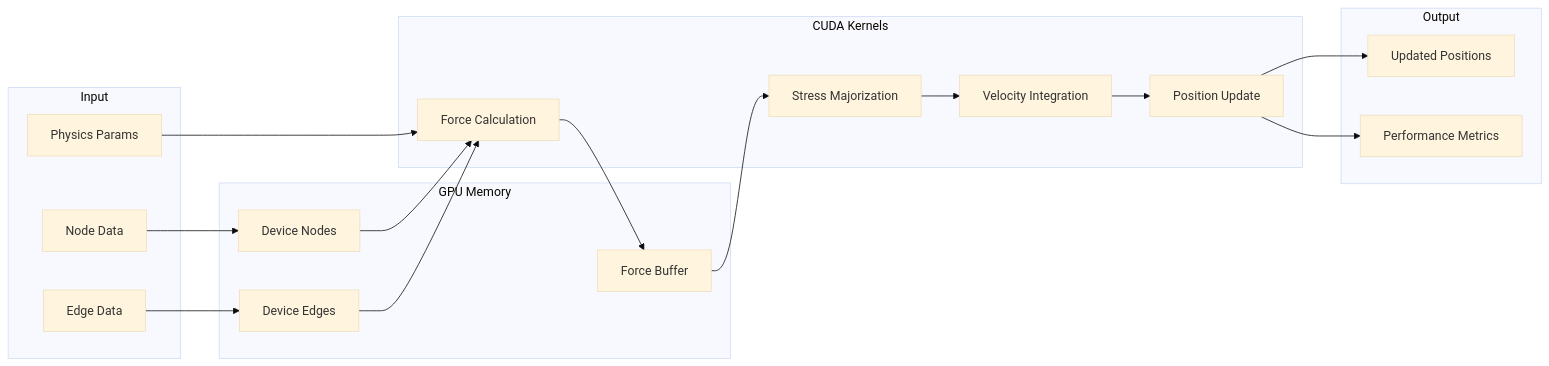
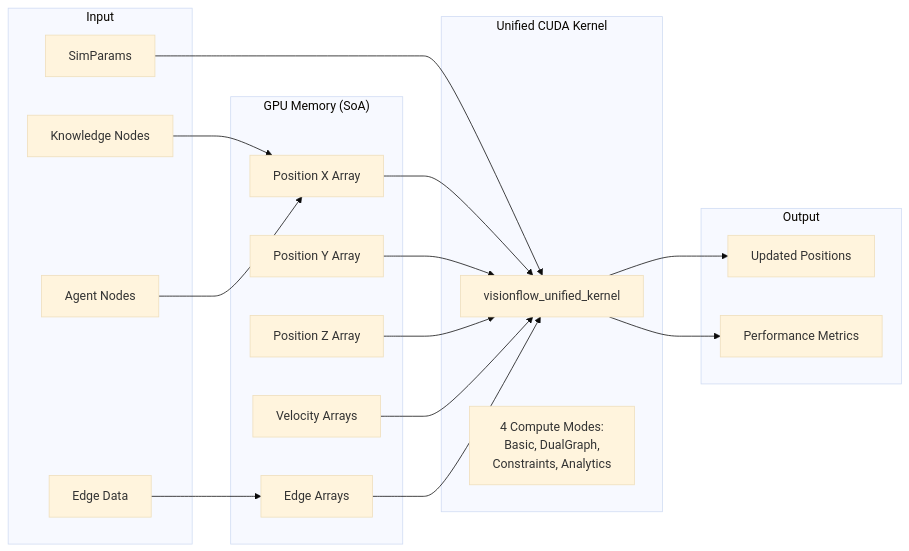
The fifth of 8 diagrams in docs/architecture/system-overview.md (DreamLab-AI/VisionFlow), drawn with Mermaid (base theme) before and after one commit. The commit also changed other lines of this file and 22 other files, not shown here.

````diff
--- a/docs/architecture/system-overview.md
+++ b/docs/architecture/system-overview.md
@@ -220,39 +220,41 @@
 ```mermaid
 graph LR
     subgraph "Input"
-        Nodes[Node Data]
+        KnowledgeNodes[Knowledge Nodes]
+        AgentNodes[Agent Nodes]
         Edges[Edge Data]
-        Params[Physics Params]
+        Params[SimParams]
     end
     
-    subgraph "GPU Memory"
-        DevNodes[Device Nodes]
-        DevEdges[Device Edges]
-        DevForces[Force Buffer]
+    subgraph "GPU Memory (SoA)"
+        PosX[Position X Array]
+        PosY[Position Y Array]
+        PosZ[Position Z Array]
+        VelArrays[Velocity Arrays]
+        EdgeArrays[Edge Arrays]
     end
     
-    subgraph "CUDA Kernels"
-        Force[Force Calculation]
-        Stress[Stress Majorization]
-        Integration[Velocity Integration]
-        Position[Position Update]
+    subgraph "Unified CUDA Kernel"
+        UnifiedCompute[visionflow_unified_kernel]
+        Modes[4 Compute Modes:<br/>Basic, DualGraph,<br/>Constraints, Analytics]
     end
     
     subgraph "Output"
         Updated[Updated Positions]
         Metrics[Performance Metrics]
     end
     
-    Nodes --> DevNodes
-    Edges --> DevEdges
-    Params --> Force
+    KnowledgeNodes --> PosX
+    AgentNodes --> PosX
+    Edges --> EdgeArrays
+    Params --> UnifiedCompute
     
-    DevNodes --> Force
-    DevEdges --> Force
-    Force --> DevForces
-    DevForces --> Stress
-    Stress --> Integration
-    Integration --> Position
-    Position --> Updated
-    Position --> Metrics
+    PosX --> UnifiedCompute
+    PosY --> UnifiedCompute
+    PosZ --> UnifiedCompute
+    VelArrays --> UnifiedCompute
+    EdgeArrays --> UnifiedCompute
+    
+    UnifiedCompute --> Updated
+    UnifiedCompute --> Metrics
 ```
````
